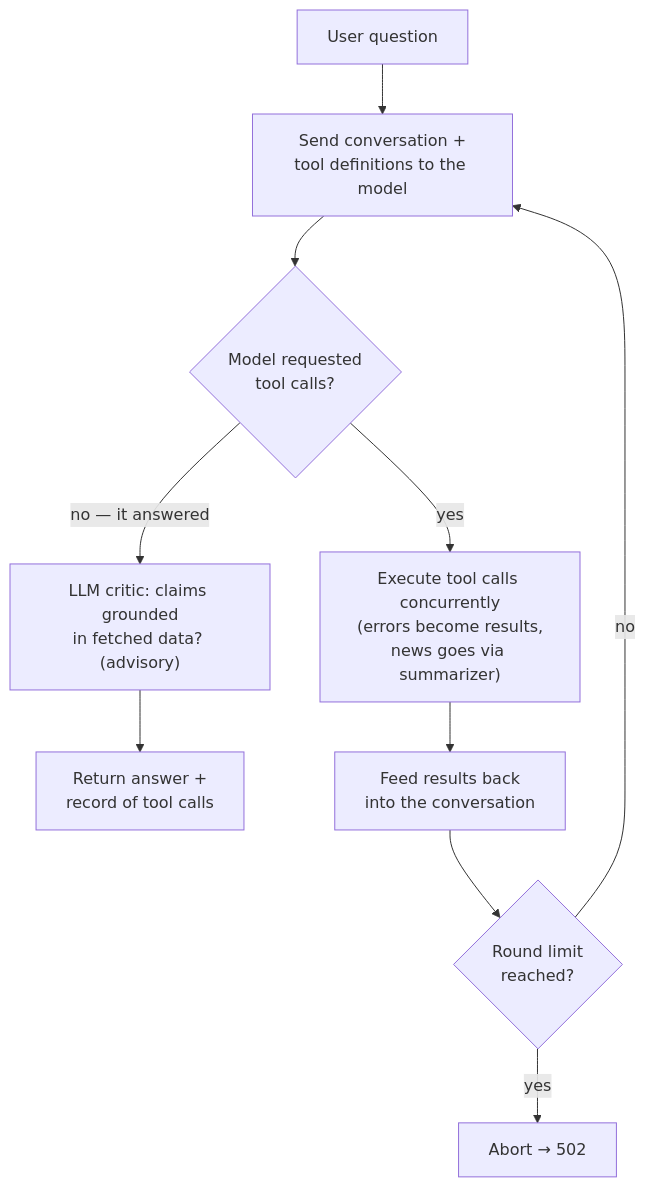
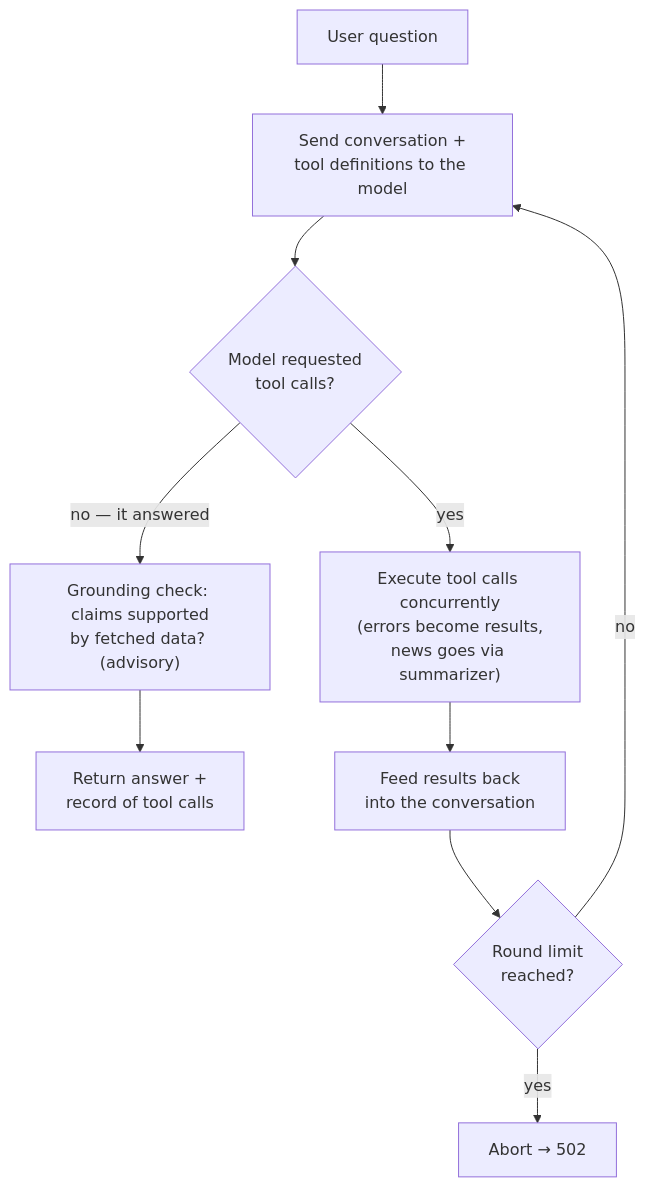
One commit to Aidanmcgrath94/stock-insights changed the diagram in README.md. Above: the diagram before and after it, drawn with Mermaid. The commit also changed other lines of this file, not shown here.

````diff
--- a/README.md
+++ b/README.md
@@ -126,12 +128,12 @@
 ```mermaid
 flowchart TD
     Q["User question"] --> L["Send conversation +<br/>tool definitions to the model"]
     L --> D{"Model requested<br/>tool calls?"}
-    D -- "no — it answered" --> V["LLM critic: claims grounded<br/>in fetched data? (advisory)"]
+    D -- "no — it answered" --> V["Grounding check: claims supported<br/>by fetched data? (advisory)"]
     V --> R["Return answer +<br/>record of tool calls"]
     D -- yes --> E["Execute tool calls concurrently<br/>(errors become results,<br/>news goes via summarizer)"]
     E --> F["Feed results back<br/>into the conversation"]
     F --> G{"Round limit<br/>reached?"}
     G -- no --> L
     G -- yes --> X["Abort → 502"]
 ```
````
